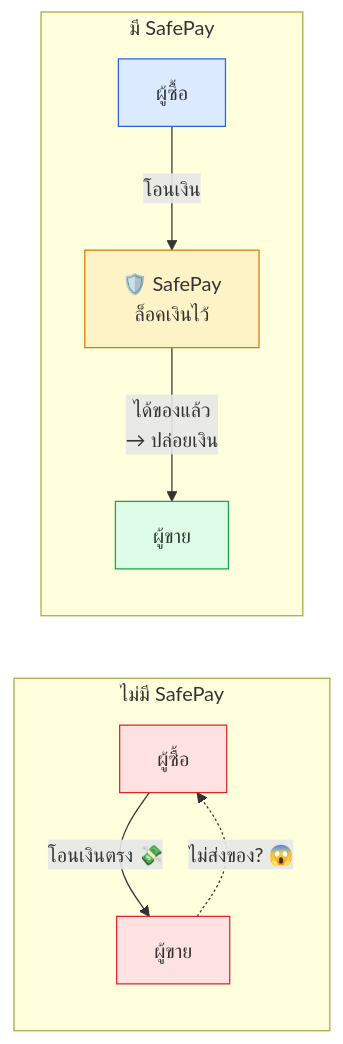
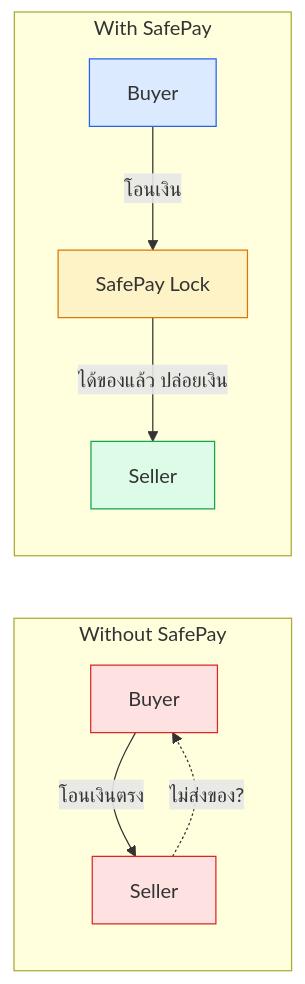
Before and after one commit to CodeCooLTH/trustme: the second of 5 diagrams in docs/safepay-overview.md, drawn with Mermaid. The commit also changed other lines of this file and 4 other files, not shown here.

First line of the commit message:
feat: redesign public deal link + fix Mermaid diagrams

````diff
--- a/docs/safepay-overview.md
+++ b/docs/safepay-overview.md
@@ -32,18 +32,18 @@
 ```mermaid
 graph LR
-    subgraph without ["ไม่มี SafePay"]
-        B1["ผู้ซื้อ"] -- "โอนเงินตรง 💸" --> S1["ผู้ขาย"]
-        S1 -. "ไม่ส่งของ? 😱" .-> B1
+    subgraph without [Without SafePay]
+        B1[Buyer] -- โอนเงินตรง --> S1[Seller]
+        S1 -. ไม่ส่งของ? .-> B1
     end
 
-    subgraph with_sp ["มี SafePay"]
-        B2["ผู้ซื้อ"] -- "โอนเงิน" --> SP2["🛡️ SafePay<br/>ล็อคเงินไว้"]
-        SP2 -- "ได้ของแล้ว<br/>→ ปล่อยเงิน" --> S2["ผู้ขาย"]
+    subgraph with_sp [With SafePay]
+        B2[Buyer] -- โอนเงิน --> SP2[SafePay Lock]
+        SP2 -- ได้ของแล้ว ปล่อยเงิน --> S2[Seller]
     end
 
     style B1 fill:#fee2e2,stroke:#dc2626
     style S1 fill:#fee2e2,stroke:#dc2626
     style B2 fill:#dbeafe,stroke:#2563eb
     style S2 fill:#dcfce7,stroke:#16a34a
     style SP2 fill:#fef3c7,stroke:#d97706
 ```
````
